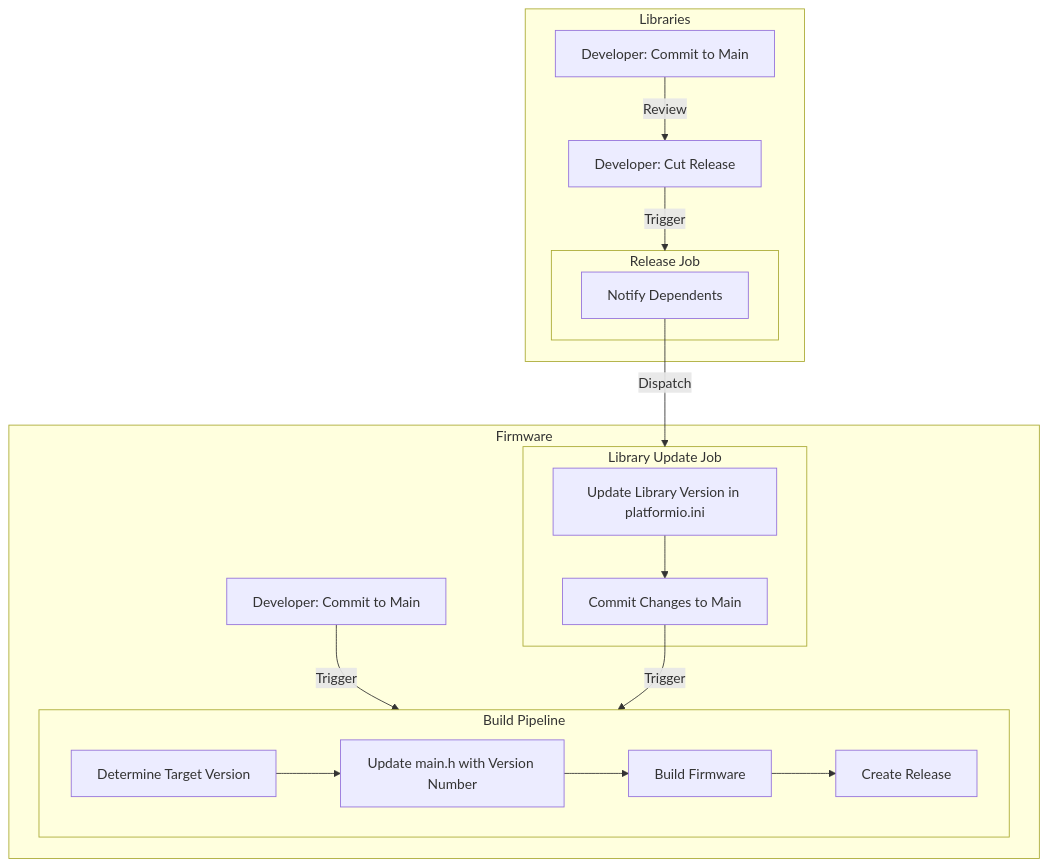
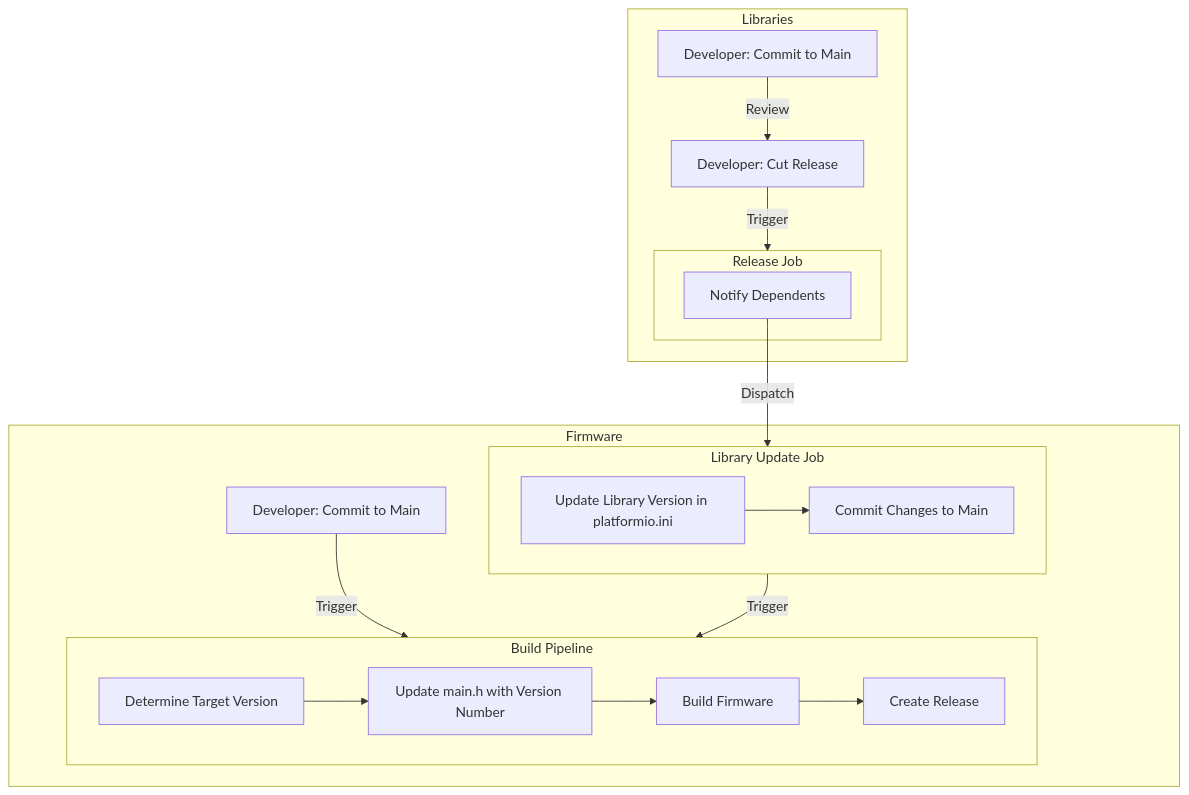
One commit to WolfControl/wolfcontrol.github.io changed the first of 4 diagrams in content/developers/design.md. Above: the diagram before and after it, drawn with Mermaid.

Commit message:
change trigger point in docs pipeline

````diff
--- a/content/developers/design.md
+++ b/content/developers/design.md
@@ -33,35 +33,35 @@
 ```mermaid
 flowchart TB
 
 subgraph Libraries
     L1[Developer: Commit to Main]
     L2[Developer: Cut Release]
     subgraph LJ["Release Job"]
         L3[Notify Dependents]
     end
 end
 
 subgraph Firmware
     F1[Developer: Commit to Main]
     subgraph FJ["Library Update Job"]
         F2[Update Library Version in platformio.ini]
         F3[Commit Changes to Main]
     end
     subgraph FP["Build Pipeline"]
         F5[Determine Target Version]
         F6[Update main.h with Version Number]
         F7[Build Firmware]
         F8[Create Release]
     end
 end
 
 F2 --> F3
 F5 --> F6 --> F7 --> F8
 
 L1 -- "Review" --> L2
 L2 -- "Trigger" --> LJ
 F1 -- "Trigger" --> FP
-F3 -- "Trigger" --> FP
+FJ -- "Trigger" --> FP
 L3 -- "Dispatch" --> FJ
 
 ```
````
